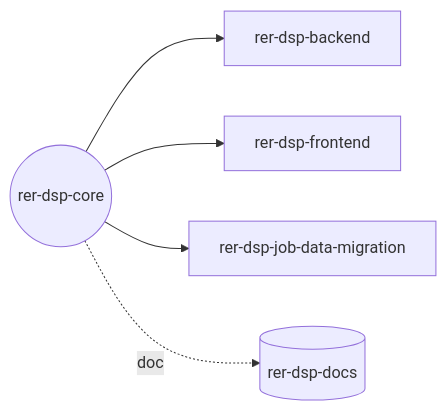
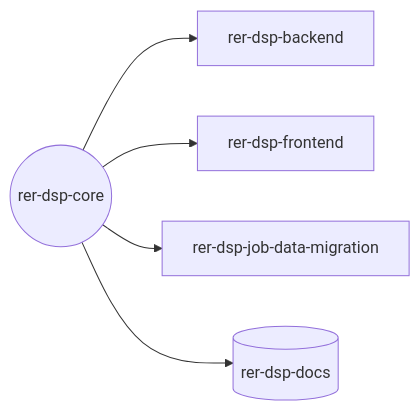
The diagram in README.md (Rural-Environmental-Registry/rer-dsp-core), drawn with Mermaid before and after one commit. The commit also changed other lines of this file and 9 other files, not shown here.

````diff
--- a/README.md
+++ b/README.md
@@ -9,13 +9,13 @@
 ```mermaid
 flowchart LR
     Backend[rer-dsp-backend]
     Frontend[rer-dsp-frontend]
     Job[rer-dsp-job-data-migration]
     Docs[(rer-dsp-docs)]
     Core((rer-dsp-core))
 
     Core --> Backend
     Core --> Frontend
     Core --> Job
-    Core -.doc.-> Docs
+    Core --> Docs
 ```
````
